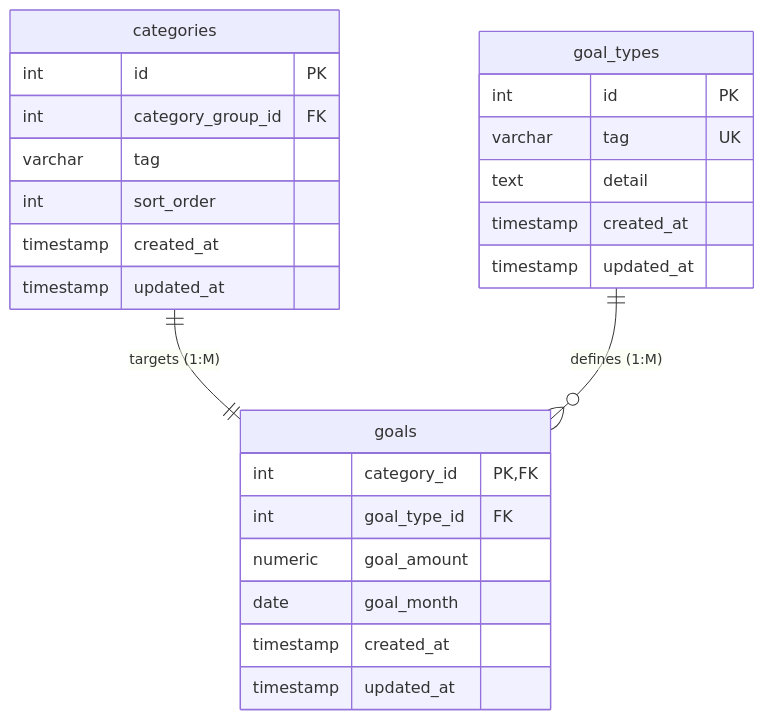
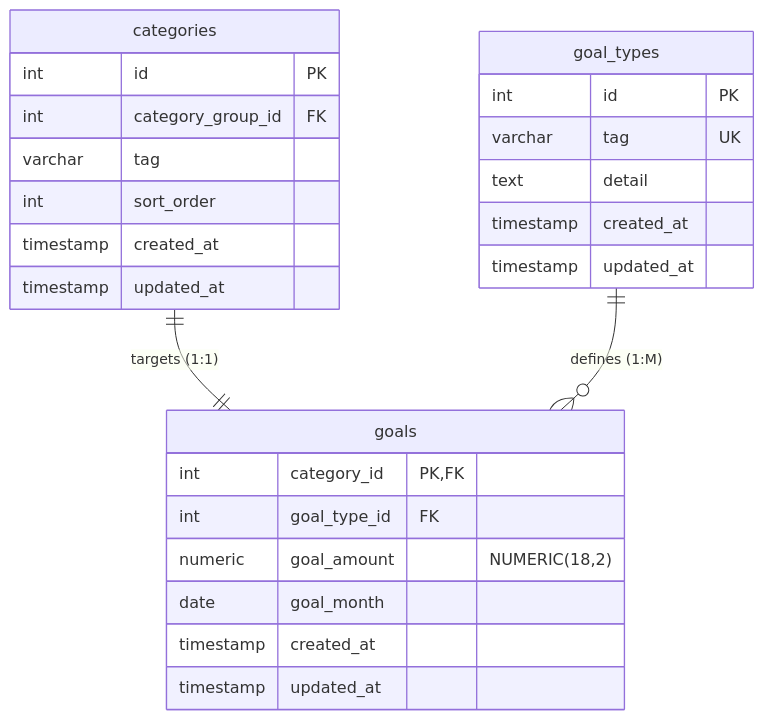
The tenth of 11 diagrams in database/docs/table_relationships.md (tiagopaispereira/ledger-to-invest), drawn with Mermaid before and after one commit. The commit also changed other lines of this file, not shown here.

````diff
--- a/database/docs/table_relationships.md
+++ b/database/docs/table_relationships.md
@@ -622,31 +592,31 @@
 ```mermaid
 erDiagram
     categories {
         int id PK
         int category_group_id FK
         varchar tag
         int sort_order
         timestamp created_at
         timestamp updated_at
     }
     
     goal_types {
         int id PK
         varchar tag UK
         text detail
         timestamp created_at
         timestamp updated_at
     }
     
     goals {
         int category_id PK, FK
         int goal_type_id FK
-        numeric goal_amount
+        numeric goal_amount "NUMERIC(18,2)"
         date goal_month
         timestamp created_at
         timestamp updated_at
     }
     
-    categories ||--|| goals : "targets (1:M)"
+    categories ||--|| goals : "targets (1:1)"
     goal_types ||--o{ goals : "defines (1:M)"
 ```
````
